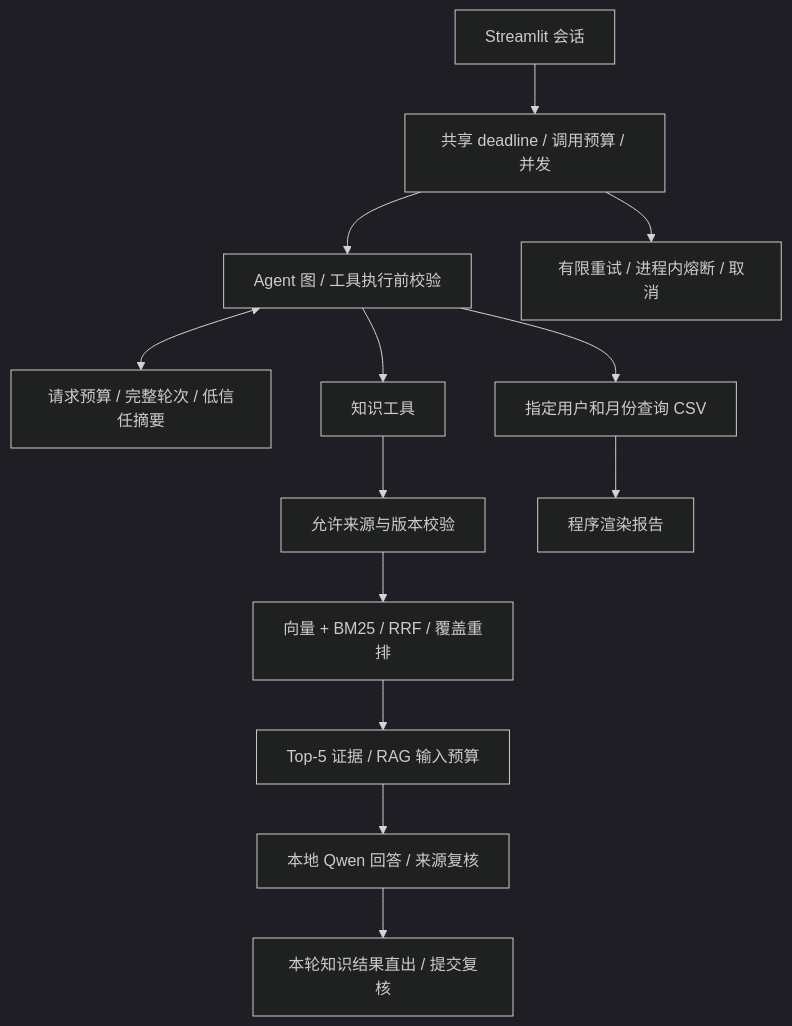
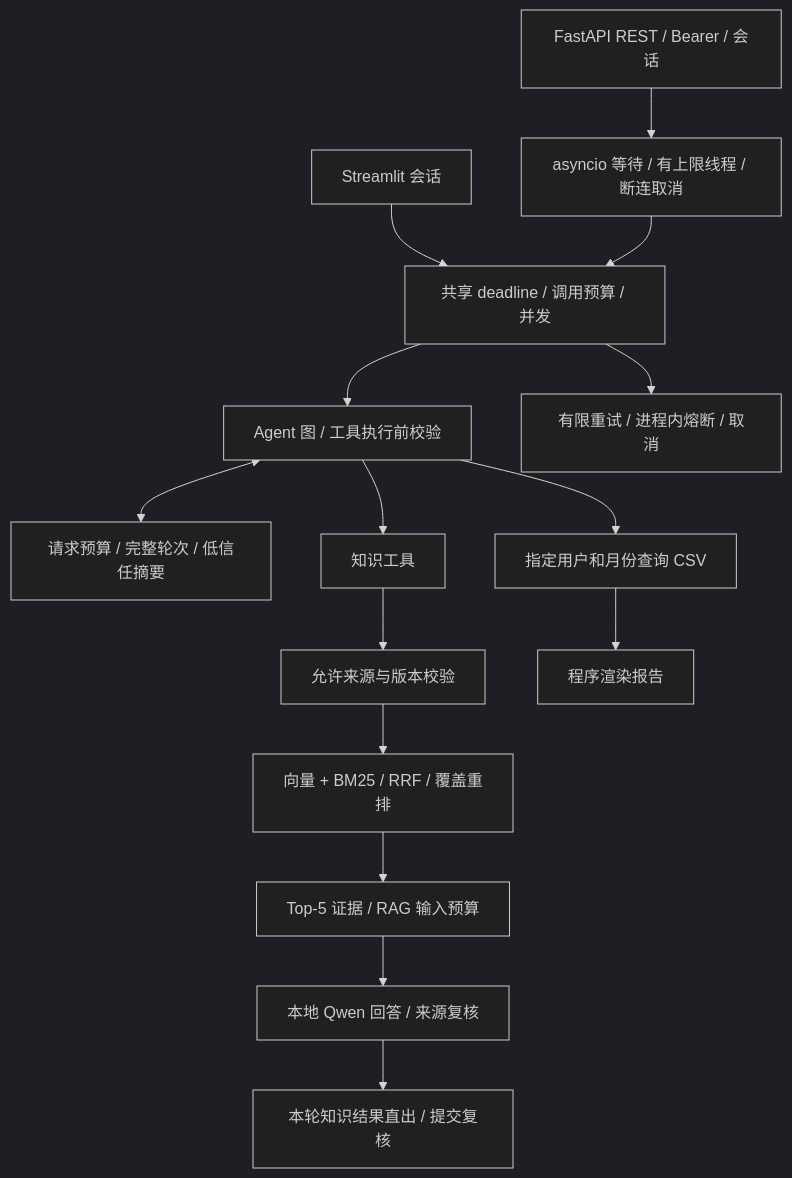
One commit to hu23320690-crypto/AI_agent changed the diagram in README.md. Above: the diagram before and after it, drawn with Mermaid (dark theme). The commit also changed other lines of this file and 29 other files, not shown here.

Commit message:
Add bounded FastAPI service, API regressions and container CI

```diff
--- a/README.md
+++ b/README.md
@@ -103,15 +128,17 @@
 ~~~mermaid
 flowchart TD
     UI[Streamlit 会话] --> Runtime[共享 deadline / 调用预算 / 并发]
+    HTTP[FastAPI REST / Bearer / 会话] --> Async[asyncio 等待 / 有上限线程 / 断连取消]
+    Async --> Runtime
     Runtime --> Agent[Agent 图 / 工具执行前校验]
     Agent <--> Memory[请求预算 / 完整轮次 / 低信任摘要]
     Agent --> RAG[知识工具]
     RAG --> Sources[允许来源与版本校验]
     Sources --> Search[向量 + BM25 / RRF / 覆盖重排]
     Search --> Budget[Top-5 证据 / RAG 输入预算]
     Budget --> LLM[本地 Qwen 回答 / 来源复核]
     LLM --> Output[本轮知识结果直出 / 提交复核]
     Agent --> CSV[指定用户和月份查询 CSV]
     CSV --> Report[程序渲染报告]
     Runtime --> Resilience[有限重试 / 进程内熔断 / 取消]
 ~~~
```
